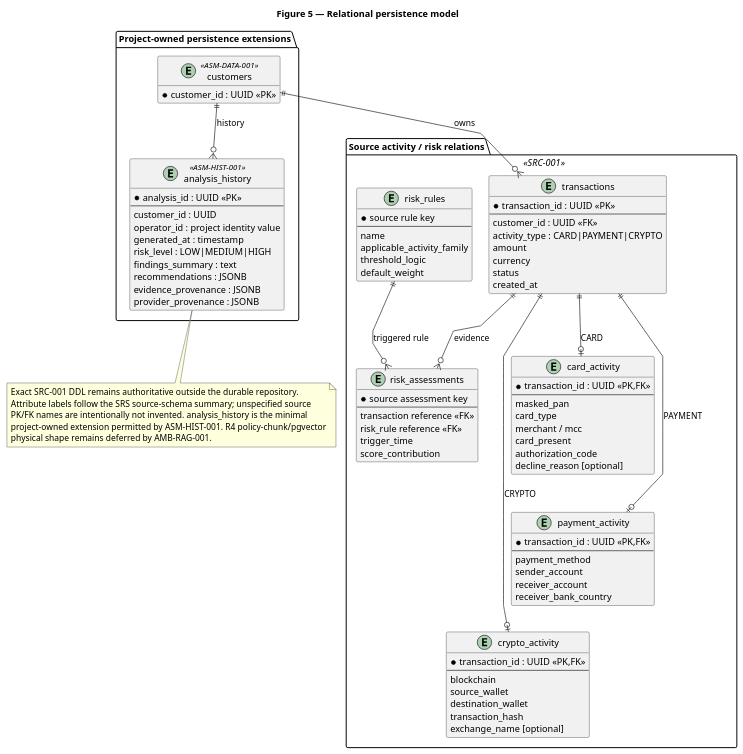
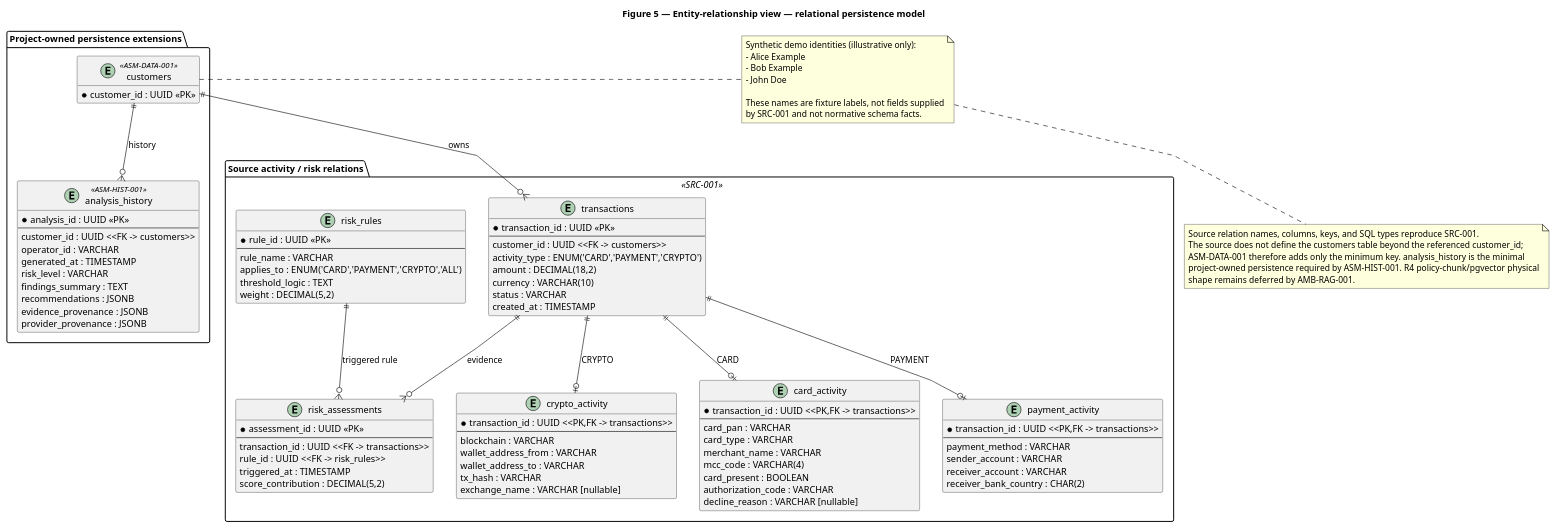
One commit to jdoe-dev-159753/specgraph-reference-app changed the diagram in docs/assignment/SDD/diagrams/relational-schema.puml. Above: the diagram before and after it, drawn with PlantUML.

Commit message:
docs: restore source schema types and mark synthetic examples

```diff
--- a/docs/assignment/SDD/diagrams/relational-schema.puml
+++ b/docs/assignment/SDD/diagrams/relational-schema.puml
@@ -1,104 +1,115 @@
 @startuml
-title Figure 5 — Relational persistence model
+title Figure 5 — Entity-relationship view — relational persistence model
 top to bottom direction
 hide methods
 skinparam linetype polyline
-skinparam nodesep 25
-skinparam ranksep 40
+skinparam nodesep 35
+skinparam ranksep 45
 
 package "Source activity / risk relations" <<SRC-001>> {
   entity transactions {
     * transaction_id : UUID <<PK>>
     --
-    customer_id : UUID <<FK>>
-    activity_type : CARD|PAYMENT|CRYPTO
-    amount
-    currency
-    status
-    created_at
-  }
-  entity card_activity {
-    * transaction_id : UUID <<PK,FK>>
-    --
-    masked_pan
-    card_type
-    merchant / mcc
-    card_present
-    authorization_code
-    decline_reason [optional]
-  }
-  entity payment_activity {
-    * transaction_id : UUID <<PK,FK>>
-    --
-    payment_method
-    sender_account
-    receiver_account
-    receiver_bank_country
-  }
-  entity crypto_activity {
-    * transaction_id : UUID <<PK,FK>>
-    --
-    blockchain
-    source_wallet
-    destination_wallet
-    transaction_hash
-    exchange_name [optional]
-  }
-  entity risk_rules {
-    * source rule key
-    --
-    name
-    applicable_activity_family
-    threshold_logic
-    default_weight
-  }
-  entity risk_assessments {
-    * source assessment key
-    --
-    transaction reference <<FK>>
-    risk_rule reference <<FK>>
-    trigger_time
-    score_contribution
+    customer_id : UUID <<FK -> customers>>
+    activity_type : ENUM('CARD','PAYMENT','CRYPTO')
+    amount : DECIMAL(18,2)
+    currency : VARCHAR(10)
+    status : VARCHAR
+    created_at : TIMESTAMP
   }
 
-  transactions ||--o| card_activity : CARD
-  transactions ||--o| payment_activity : PAYMENT
-  transactions ||--o| crypto_activity : CRYPTO
-  transactions ||--o{ risk_assessments : evidence
-  risk_rules ||--o{ risk_assessments : triggered rule
+  entity card_activity {
+    * transaction_id : UUID <<PK,FK -> transactions>>
+    --
+    card_pan : VARCHAR
+    card_type : VARCHAR
+    merchant_name : VARCHAR
+    mcc_code : VARCHAR(4)
+    card_present : BOOLEAN
+    authorization_code : VARCHAR
+    decline_reason : VARCHAR [nullable]
+  }
 
-  card_activity -[hidden]down-> payment_activity
-  payment_activity -[hidden]down-> crypto_activity
-  risk_rules -[hidden]down-> risk_assessments
+  entity payment_activity {
+    * transaction_id : UUID <<PK,FK -> transactions>>
+    --
+    payment_method : VARCHAR
+    sender_account : VARCHAR
+    receiver_account : VARCHAR
+    receiver_bank_country : CHAR(2)
+  }
+
+  entity crypto_activity {
+    * transaction_id : UUID <<PK,FK -> transactions>>
+    --
+    blockchain : VARCHAR
+    wallet_address_from : VARCHAR
+    wallet_address_to : VARCHAR
+    tx_hash : VARCHAR
+    exchange_name : VARCHAR [nullable]
+  }
+
+  entity risk_assessments {
+    * assessment_id : UUID <<PK>>
+    --
+    transaction_id : UUID <<FK -> transactions>>
+    rule_id : UUID <<FK -> risk_rules>>
+    triggered_at : TIMESTAMP
+    score_contribution : DECIMAL(5,2)
+  }
+
+  entity risk_rules {
+    * rule_id : UUID <<PK>>
+    --
+    rule_name : VARCHAR
+    applies_to : ENUM('CARD','PAYMENT','CRYPTO','ALL')
+    threshold_logic : TEXT
+    weight : DECIMAL(5,2)
+  }
 }
 
 package "Project-owned persistence extensions" {
   entity customers <<ASM-DATA-001>> {
     * customer_id : UUID <<PK>>
   }
+
   entity analysis_history <<ASM-HIST-001>> {
     * analysis_id : UUID <<PK>>
     --
-    customer_id : UUID
-    operator_id : project identity value
-    generated_at : timestamp
-    risk_level : LOW|MEDIUM|HIGH
-    findings_summary : text
+    customer_id : UUID <<FK -> customers>>
+    operator_id : VARCHAR
+    generated_at : TIMESTAMP
+    risk_level : VARCHAR
+    findings_summary : TEXT
     recommendations : JSONB
     evidence_provenance : JSONB
     provider_provenance : JSONB
   }
-
-  customers ||--o{ analysis_history : history
 }
 
 customers ||--o{ transactions : owns
+transactions ||--o| card_activity : CARD
+transactions ||--o| payment_activity : PAYMENT
+transactions ||--o| crypto_activity : CRYPTO
+transactions ||--o{ risk_assessments : evidence
+risk_rules ||--o{ risk_assessments : triggered rule
+customers ||--o{ analysis_history : history
+
+note right of customers
+  Synthetic demo identities (illustrative only):
+  - Alice Example
+  - Bob Example
+  - John Doe
+
+  These names are fixture labels, not fields supplied
+  by SRC-001 and not normative schema facts.
+end note
 
 note bottom
-  Exact SRC-001 DDL remains authoritative outside the durable repository.
-  Attribute labels follow the SRS source-schema summary; unspecified source
-  PK/FK names are intentionally not invented. analysis_history is the minimal
-  project-owned extension permitted by ASM-HIST-001. R4 policy-chunk/pgvector
-  physical shape remains deferred by AMB-RAG-001.
+  Source relation names, columns, keys, and SQL types reproduce SRC-001.
+  The source does not define the customers table beyond the referenced customer_id;
+  ASM-DATA-001 therefore adds only the minimum key. analysis_history is the minimal
+  project-owned persistence required by ASM-HIST-001. R4 policy-chunk/pgvector physical
+  shape remains deferred by AMB-RAG-001.
 end note
 @enduml
```
